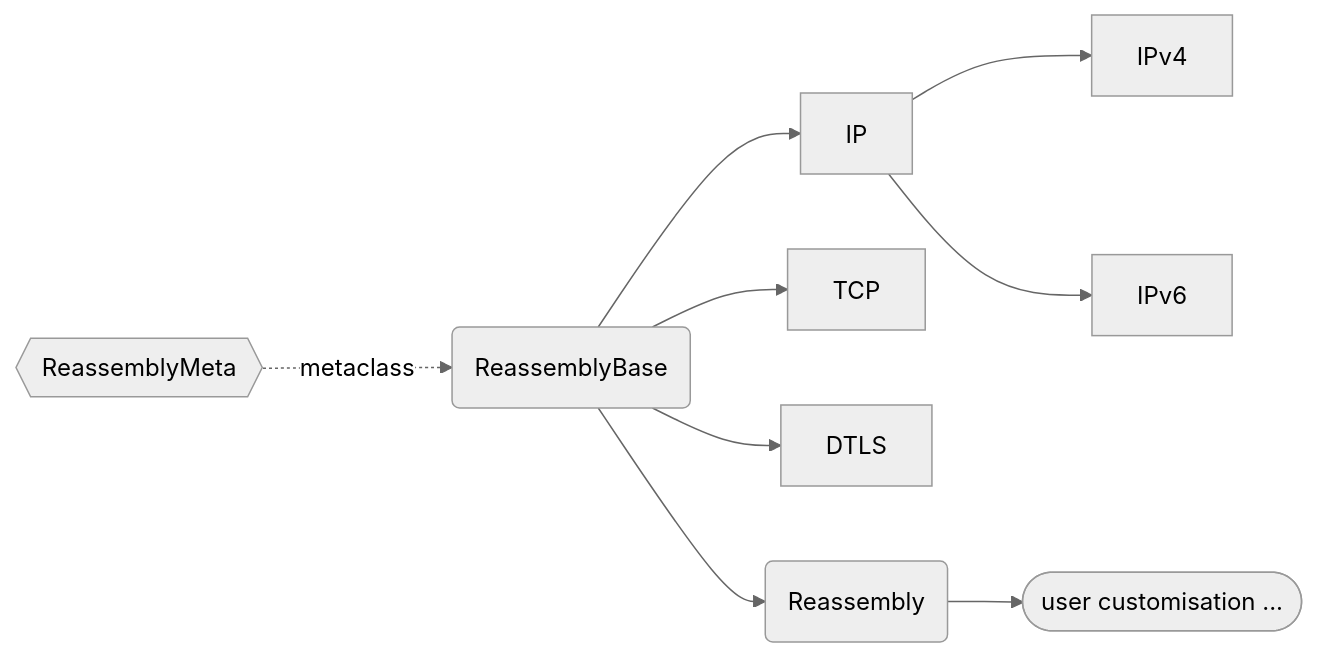
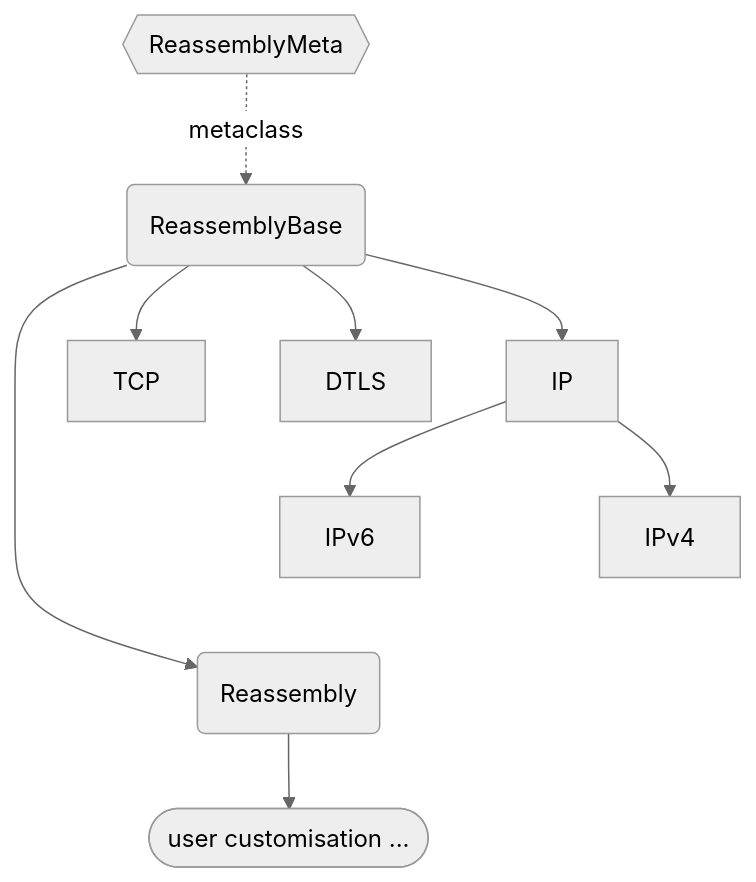
One commit to JarryShaw/PyPCAPKit changed the diagram in docs/source/pcapkit/foundation/reassembly/index.rst. Above: the diagram before and after it, drawn with Mermaid (neutral theme). The commit also changed 9 other files, not shown here.

First line of the commit message:
docs: lay out every diagram vertically so it renders at a readable size

```diff
--- a/docs/source/pcapkit/foundation/reassembly/index.rst
+++ b/docs/source/pcapkit/foundation/reassembly/index.rst
@@ -29,21 +29,22 @@
 .. mermaid::
 
-   flowchart LR
+   flowchart TD
        A{{ReassemblyMeta}} -.->|metaclass| B(ReassemblyBase)
 
        B --> IP & TCP & DTLS
        IP --> IPv4 & IPv6
 
        B --> C(Reassembly)
        C --> D([user customisation ...])
+       IPv4 ~~~ C
 
        click A "reassembly.html#pcapkit.foundation.reassembly.reassembly.ReassemblyMeta"
        click B "reassembly.html#pcapkit.foundation.reassembly.reassembly.ReassemblyBase"
        click C "reassembly.html#pcapkit.foundation.reassembly.reassembly.Reassembly"
        click D "../../../ext.html#reassembly-and-flow-tracing"
 
        click IP "ip/ip.html#pcapkit.foundation.reassembly.ip.IP"
        click IPv4 "ip/ipv4.html#pcapkit.foundation.reassembly.ipv4.IPv4"
        click IPv6 "ip/ipv6.html#pcapkit.foundation.reassembly.ipv6.IPv6"
        click TCP "tcp.html#pcapkit.foundation.reassembly.tcp.TCP"
        click DTLS "dtls.html#pcapkit.foundation.reassembly.dtls.DTLS"
```
